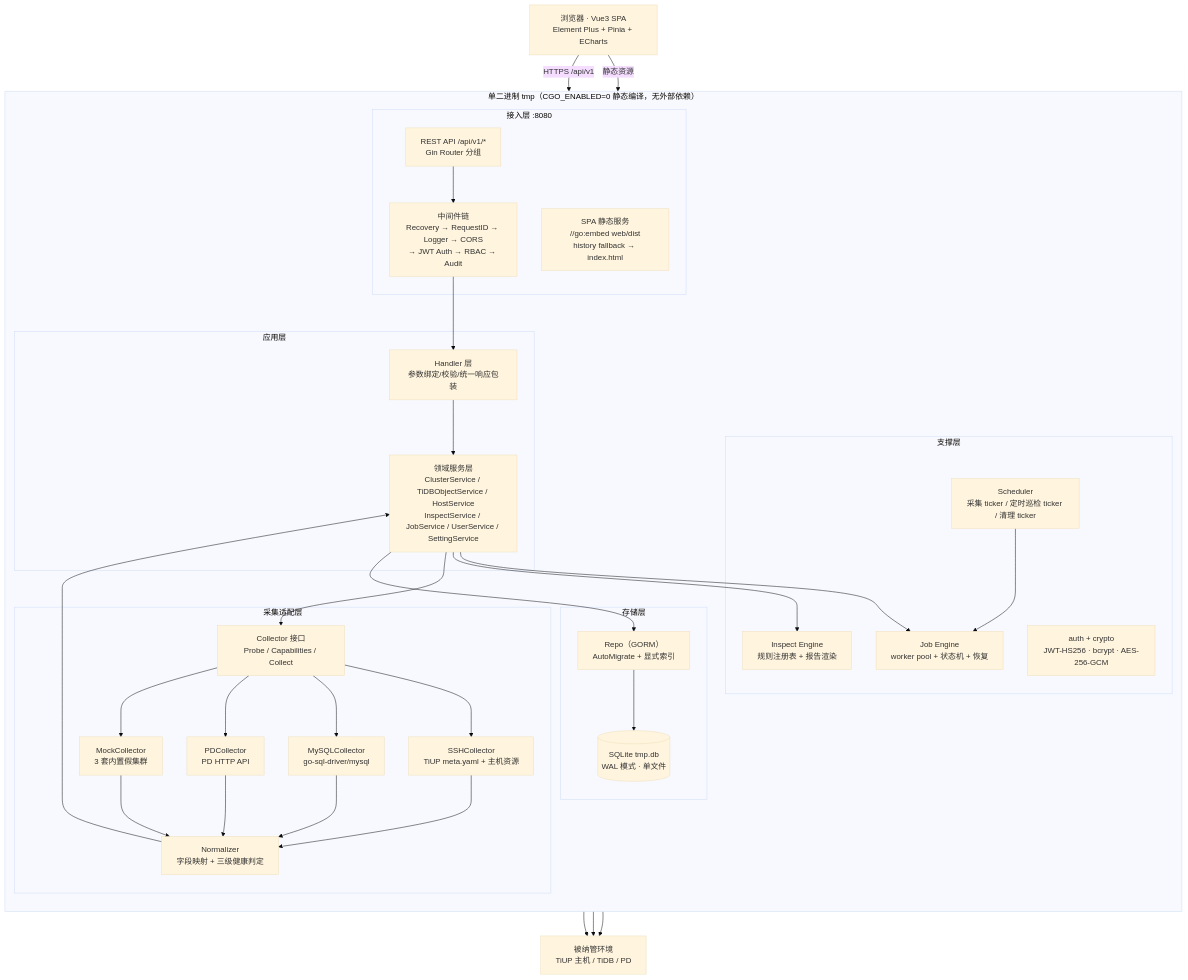
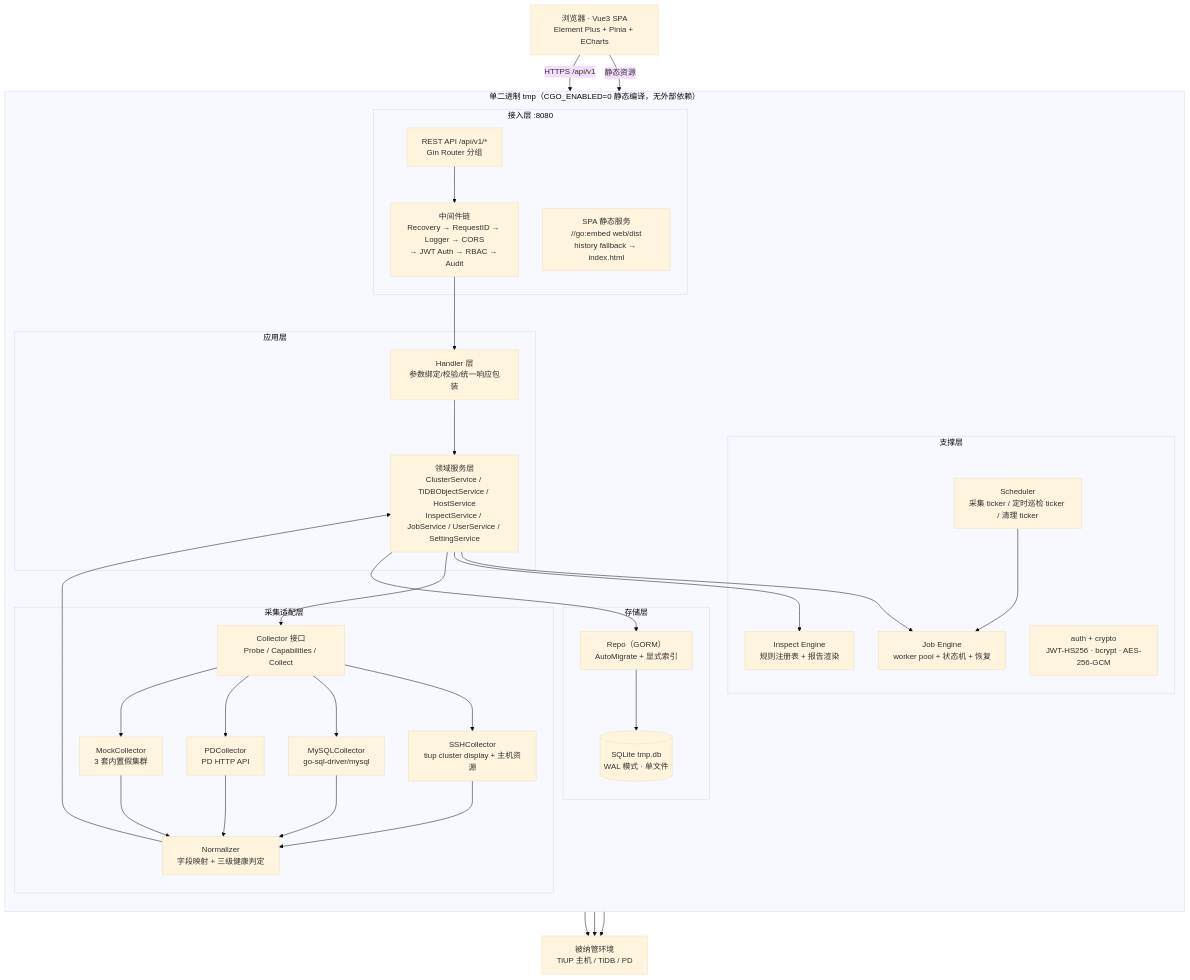
One commit to Win-Man/tmp-platform changed the first of 5 diagrams in docs/ARCHITECTURE.md. Above: the diagram before and after it, drawn with Mermaid (base theme). The commit also changed other lines of this file and 34 other files, not shown here.

First line of the commit message:
fix: 采集只认 tiup cluster display，并支持 SSH 命令超时可配

````diff
--- a/docs/ARCHITECTURE.md
+++ b/docs/ARCHITECTURE.md
@@ -47,51 +47,51 @@
 ```mermaid
 graph TB
   UI["浏览器 · Vue3 SPA<br/>Element Plus + Pinia + ECharts"]
 
   subgraph BIN["单二进制 tmp（CGO_ENABLED=0 静态编译，无外部依赖）"]
     direction TB
     subgraph LA["接入层 :8080"]
       SPA["SPA 静态服务<br/>//go:embed web/dist<br/>history fallback → index.html"]
       API["REST API /api/v1/*<br/>Gin Router 分组"]
       MW["中间件链<br/>Recovery → RequestID → Logger → CORS<br/>→ JWT Auth → RBAC → Audit"]
     end
     subgraph LB["应用层"]
       H["Handler 层<br/>参数绑定/校验/统一响应包装"]
       SVC["领域服务层<br/>ClusterService / TiDBObjectService / HostService<br/>InspectService / JobService / UserService / SettingService"]
     end
     subgraph LC["采集适配层"]
       CI["Collector 接口<br/>Probe / Capabilities / Collect"]
-      CS["SSHCollector<br/>TiUP meta.yaml + 主机资源"]
+      CS["SSHCollector<br/>tiup cluster display + 主机资源"]
       CM["MySQLCollector<br/>go-sql-driver/mysql"]
       CP["PDCollector<br/>PD HTTP API"]
       CK["MockCollector<br/>3 套内置假集群"]
       CN["Normalizer<br/>字段映射 + 三级健康判定"]
     end
     subgraph LD["支撑层"]
       JE["Job Engine<br/>worker pool + 状态机 + 恢复"]
       IE["Inspect Engine<br/>规则注册表 + 报告渲染"]
       SC["Scheduler<br/>采集 ticker / 定时巡检 ticker / 清理 ticker"]
       SEC["auth + crypto<br/>JWT-HS256 · bcrypt · AES-256-GCM"]
     end
     subgraph LE["存储层"]
       RP["Repo（GORM）<br/>AutoMigrate + 显式索引"]
       DB[("SQLite tmp.db<br/>WAL 模式 · 单文件")]
     end
   end
 
   MON["被纳管环境<br/>TiUP 主机 / TiDB / PD"]
 
   UI -->|HTTPS /api/v1| API
   UI -->|静态资源| SPA
   API --> MW --> H --> SVC
   SVC --> JE
   SVC --> IE
   SVC --> CI
   SC --> JE
   CI --> CS & CM & CP & CK
   CS & CM & CP --> MON
   CS & CM & CP --> CN
   CK --> CN
   CN --> SVC
   SVC --> RP --> DB
 ```
````
